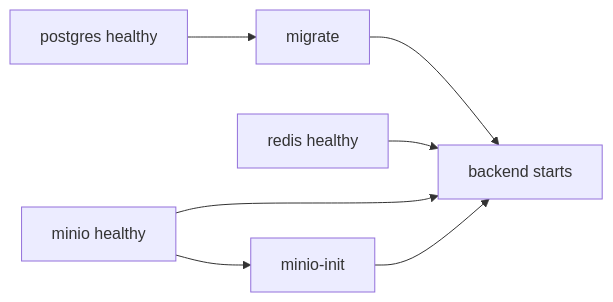
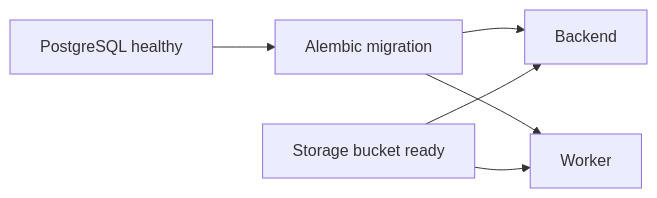
Before and after one commit to Jrahimin/rag-builder: the diagram in docs/learning/docker-local-development.md, drawn with Mermaid. The commit also changed other lines of this file and 17 other files, not shown here.

````diff
--- a/docs/learning/docker-local-development.md
+++ b/docs/learning/docker-local-development.md
@@ -70,14 +69,8 @@
 ```mermaid
 flowchart LR
-    PG[postgres healthy]
-    RD[redis healthy]
-    MN[minio healthy]
-    MG[migrate]
-    BE[backend starts]
-    MI[minio-init]
-
-    PG --> MG --> BE
-    RD --> BE
-    MN --> BE
-    MN --> MI --> BE
+    P[PostgreSQL healthy] --> M[Alembic migration]
+    M --> B[Backend]
+    M --> W[Worker]
+    S[Storage bucket ready] --> B
+    S --> W
 ```
````
